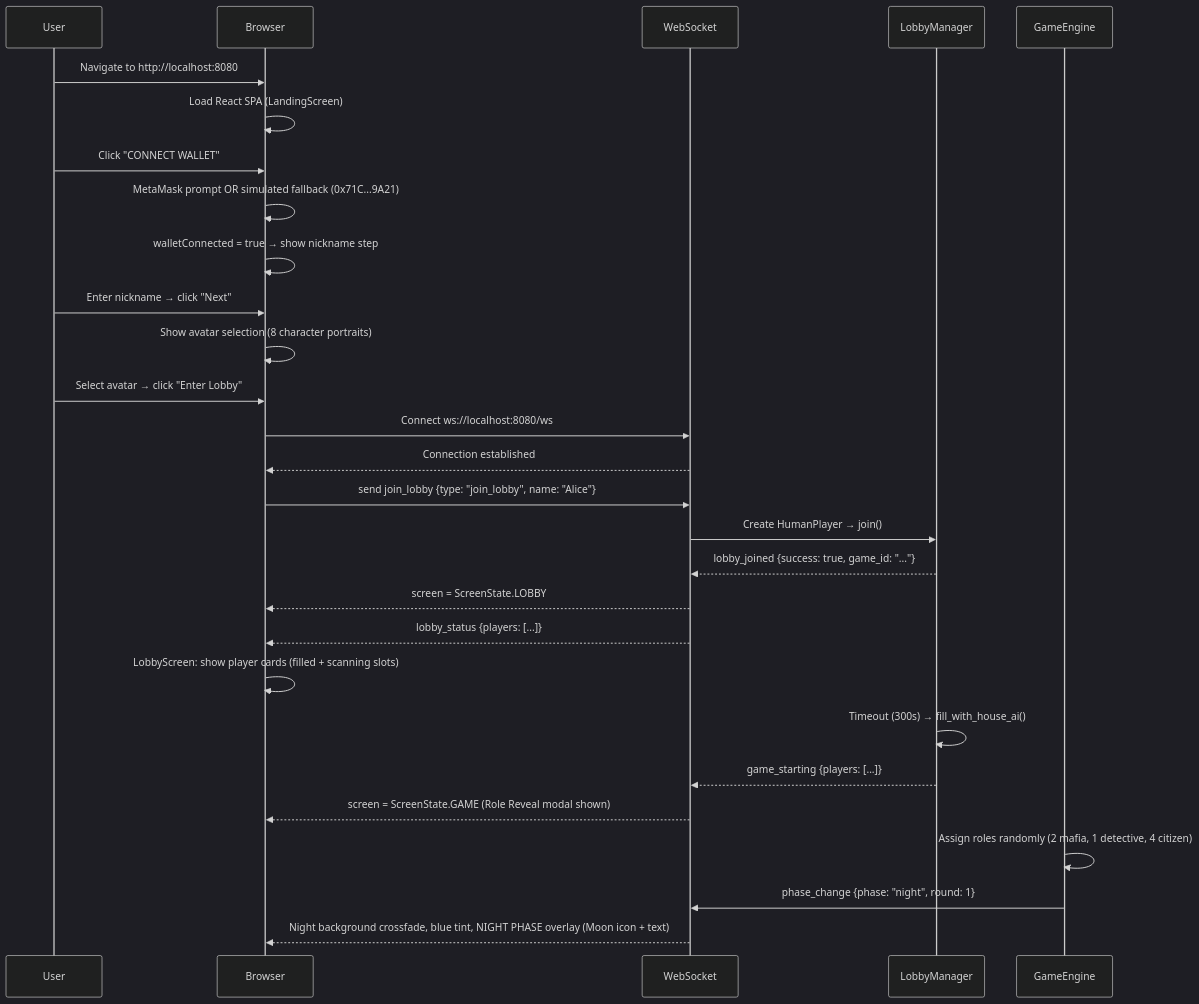
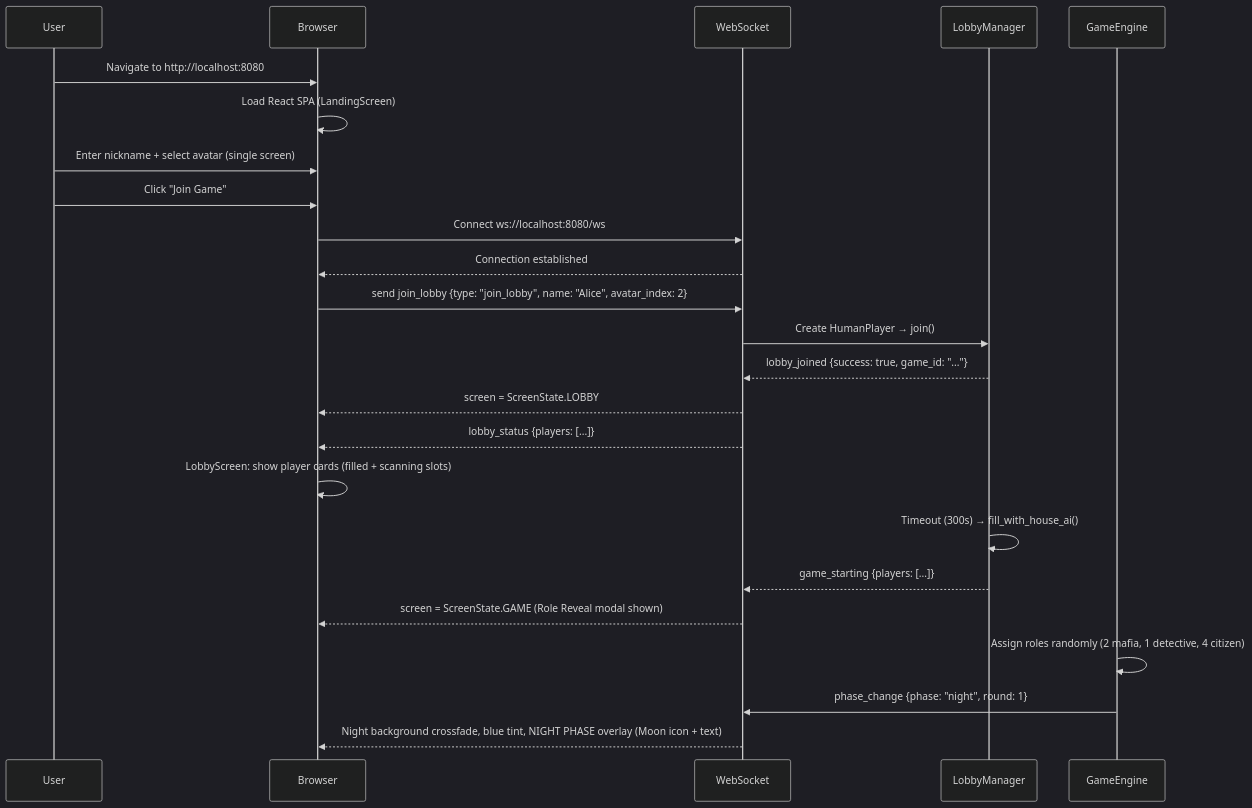
The third of 6 diagrams in docs/USERFLOW.md (0xarkstar/mafi-AI), drawn with Mermaid (dark theme) before and after one commit. The commit also changed other lines of this file and 3 other files, not shown here.

First line of the commit message:
docs: sync userflow, flowcharts, and READMEs with current product state

````diff
--- a/docs/USERFLOW.md
+++ b/docs/USERFLOW.md
@@ -268,36 +269,31 @@
 ```mermaid
 sequenceDiagram
     participant User
     participant Browser
     participant WebSocket
     participant LobbyManager
     participant GameEngine
 
     User->>Browser: Navigate to http://localhost:8080
     Browser->>Browser: Load React SPA (LandingScreen)
 
-    User->>Browser: Click "CONNECT WALLET"
-    Browser->>Browser: MetaMask prompt OR simulated fallback (0x71C...9A21)
-    Browser->>Browser: walletConnected = true → show nickname step
-
-    User->>Browser: Enter nickname → click "Next"
-    Browser->>Browser: Show avatar selection (8 character portraits)
-    User->>Browser: Select avatar → click "Enter Lobby"
+    User->>Browser: Enter nickname + select avatar (single screen)
+    User->>Browser: Click "Join Game"
 
     Browser->>WebSocket: Connect ws://localhost:8080/ws
     WebSocket-->>Browser: Connection established
-    Browser->>WebSocket: send join_lobby {type: "join_lobby", name: "Alice"}
+    Browser->>WebSocket: send join_lobby {type: "join_lobby", name: "Alice", avatar_index: 2}
     WebSocket->>LobbyManager: Create HumanPlayer → join()
     LobbyManager-->>WebSocket: lobby_joined {success: true, game_id: "..."}
     WebSocket-->>Browser: screen = ScreenState.LOBBY
     WebSocket-->>Browser: lobby_status {players: [...]}
     Browser->>Browser: LobbyScreen: show player cards (filled + scanning slots)
 
     LobbyManager->>LobbyManager: Timeout (300s) → fill_with_house_ai()
     LobbyManager-->>WebSocket: game_starting {players: [...]}
     WebSocket-->>Browser: screen = ScreenState.GAME (Role Reveal modal shown)
 
     GameEngine->>GameEngine: Assign roles randomly (2 mafia, 1 detective, 4 citizen)
     GameEngine->>WebSocket: phase_change {phase: "night", round: 1}
     WebSocket-->>Browser: Night background crossfade, blue tint, NIGHT PHASE overlay (Moon icon + text)
 ```
````
